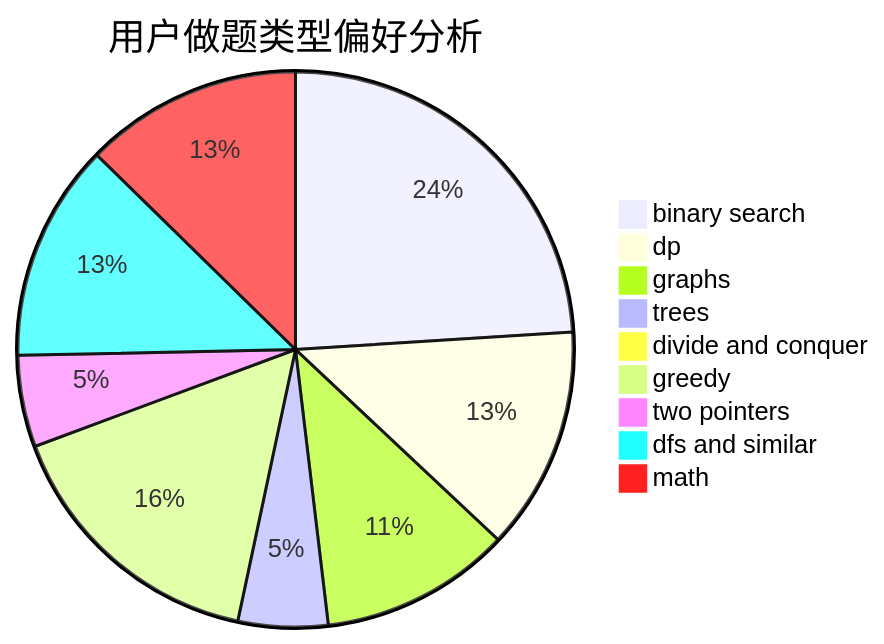
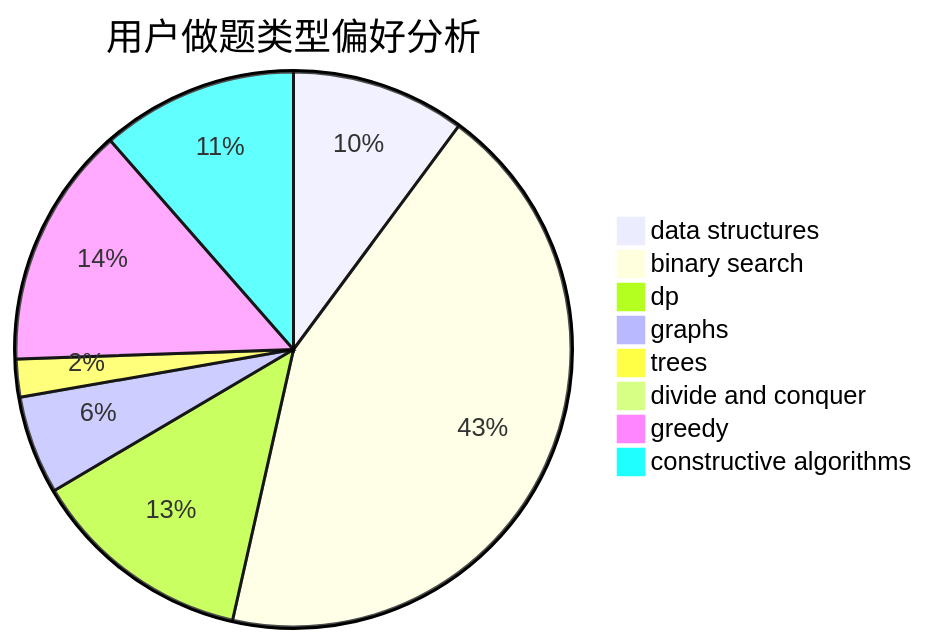
Before and after one commit to sherpahu/cfrs.github.io: the second of 3 diagrams in docs/user/u2087.md, drawn with Mermaid. The commit also changed other lines of this file and 2775 other files, not shown here.

````diff
--- a/docs/user/u2087.md
+++ b/docs/user/u2087.md
@@ -23,12 +23,11 @@
 ```mermaid
 pie title 用户做题类型偏好分析
-    "binary search" :  216
-    "dp" :  117
-    "graphs" :  100
-    "trees" :  47
+    "data structures" :  46
+    "binary search" :  197
+    "dp" :  59
+    "graphs" :  26
+    "trees" :  10
     "divide and conquer" :  3
-    "greedy" :  144
-    "two pointers" :  48
-    "dfs and similar" :  114
-    "math" :  114
+    "greedy" :  64
+    "constructive algorithms" :  52
 ```
````
